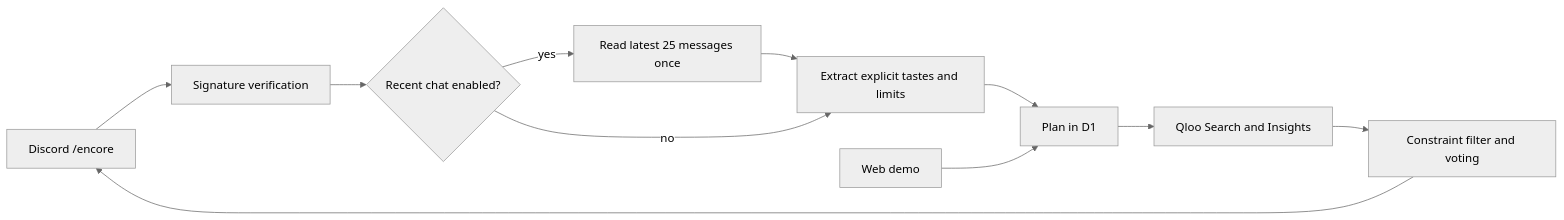
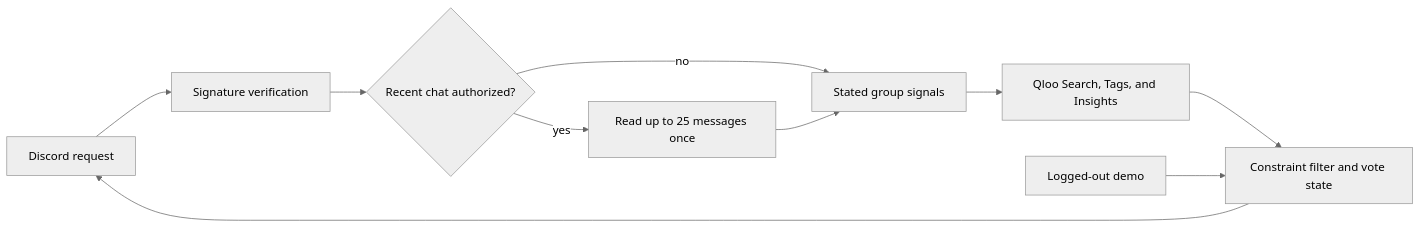
One commit to tanishmisra9/encore changed the diagram in README.md. Above: the diagram before and after it, drawn with Mermaid (neutral theme). The commit also changed other lines of this file and 14 other files, not shown here.

````diff
--- a/README.md
+++ b/README.md
@@ -17,13 +18,12 @@
 ```mermaid
 flowchart LR
-  D[Discord /encore] --> V[Signature verification]
-  V --> C{Recent chat enabled?}
-  C -->|yes| H[Read latest 25 messages once]
-  H --> X[Extract explicit tastes and limits]
-  C -->|no| X
-  X --> P[Plan in D1]
-  P --> Q[Qloo Search and Insights]
-  Q --> R[Constraint filter and voting]
+  D[Discord request] --> V[Signature verification]
+  V --> C{Recent chat authorized?}
+  C -->|yes| H[Read up to 25 messages once]
+  C -->|no| S[Stated group signals]
+  H --> S
+  S --> Q[Qloo Search, Tags, and Insights]
+  Q --> R[Constraint filter and vote state]
   R --> D
-  W[Web demo] --> P
+  W[Logged-out demo] --> R
 ```
````
